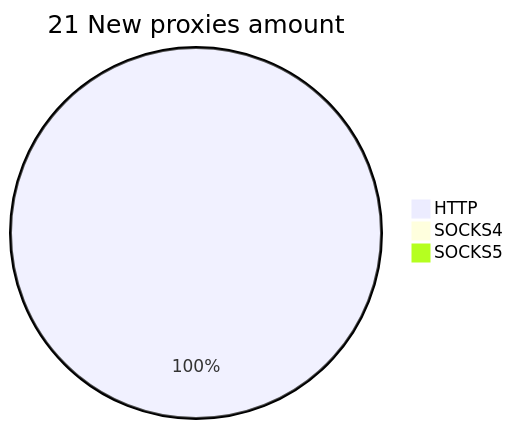
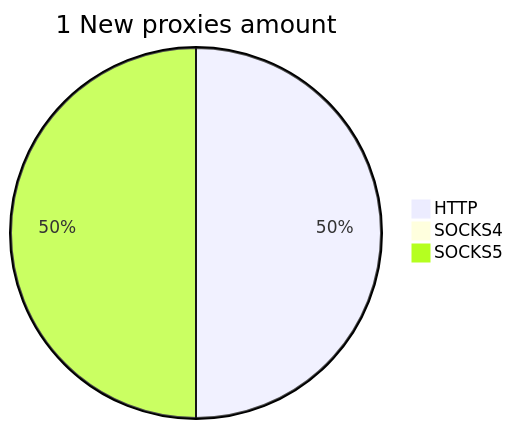
One commit to cutipu/proxylist changed the second of 2 diagrams in README.md. Above: the diagram before and after it, drawn with Mermaid. The commit also changed other lines of this file, not shown here.

````diff
--- a/README.md
+++ b/README.md
@@ -10,6 +10,6 @@
 ```mermaid
-pie title 21 New proxies amount
-    "HTTP" : 109
+pie title 1 New proxies amount
+    "HTTP" : 1
     "SOCKS4" : 0
-    "SOCKS5" : 0
+    "SOCKS5" : 1
 ```
````
